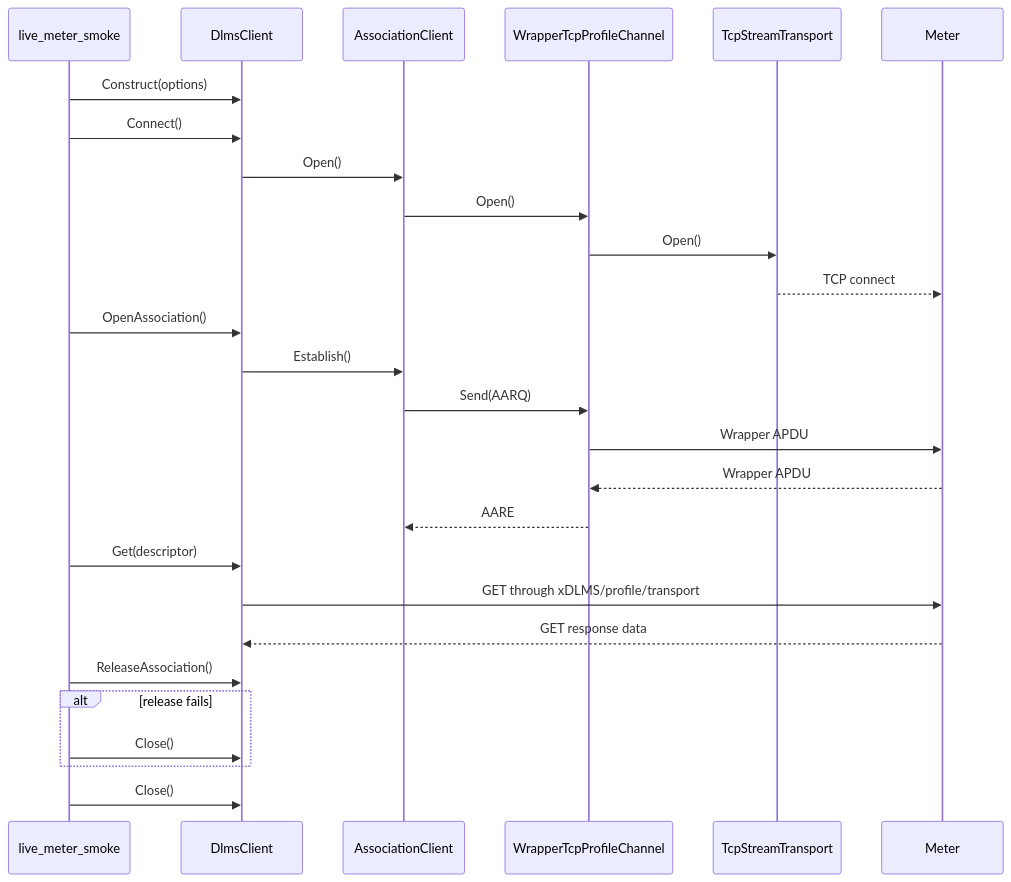
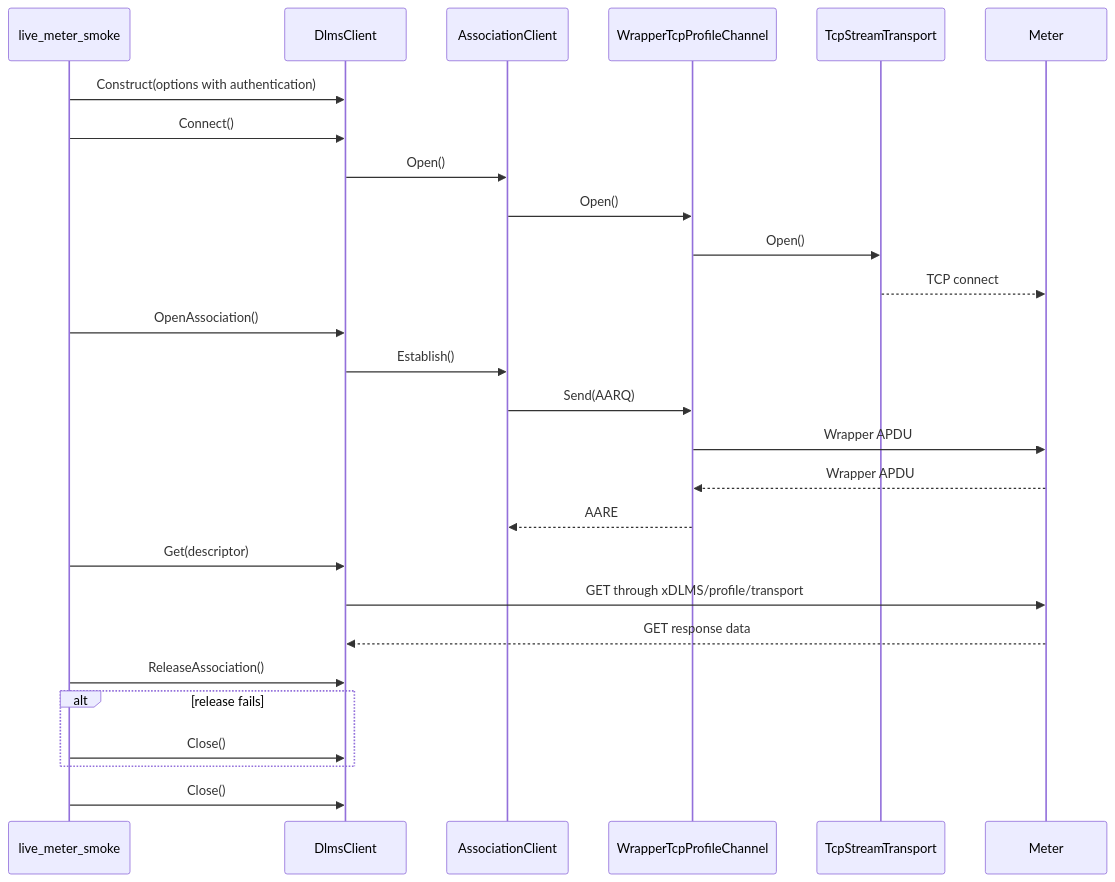
One commit to gvtret/dlms changed the second of 2 diagrams in docs/live_meter_smoke_plan.md. Above: the diagram before and after it, drawn with Mermaid. The commit also changed other lines of this file, not shown here.

````diff
--- a/docs/live_meter_smoke_plan.md
+++ b/docs/live_meter_smoke_plan.md
@@ -95,30 +106,30 @@
 ```mermaid
 sequenceDiagram
   participant Main as live_meter_smoke
   participant Client as DlmsClient
   participant Assoc as AssociationClient
   participant Profile as WrapperTcpProfileChannel
   participant Tcp as TcpStreamTransport
   participant Meter as Meter
 
-  Main->>Client: Construct(options)
+  Main->>Client: Construct(options with authentication)
   Main->>Client: Connect()
   Client->>Assoc: Open()
   Assoc->>Profile: Open()
   Profile->>Tcp: Open()
   Tcp-->>Meter: TCP connect
   Main->>Client: OpenAssociation()
   Client->>Assoc: Establish()
   Assoc->>Profile: Send(AARQ)
   Profile->>Meter: Wrapper APDU
   Meter-->>Profile: Wrapper APDU
   Profile-->>Assoc: AARE
   Main->>Client: Get(descriptor)
   Client->>Meter: GET through xDLMS/profile/transport
   Meter-->>Client: GET response data
   Main->>Client: ReleaseAssociation()
   alt release fails
     Main->>Client: Close()
   end
   Main->>Client: Close()
 ```
````
